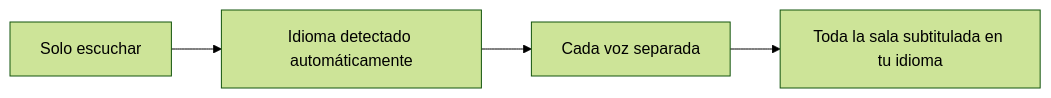
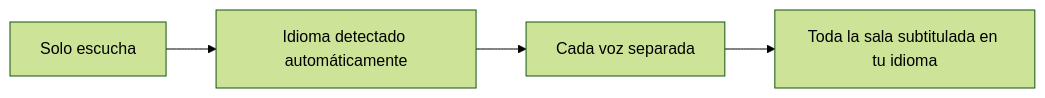
The first of 4 diagrams in README_es.md (rpalm01-star/VigilantEarLegal), drawn with Mermaid (forest theme) before and after one commit. The commit also changed other lines of this file and 29 other files, not shown here.

````diff
--- a/README_es.md
+++ b/README_es.md
@@ -62,4 +65,4 @@
 ```mermaid
 graph LR
-    A["Solo escuchar"] --> B["Idioma detectado automáticamente"] --> C["Cada voz separada"] --> D["Toda la sala subtitulada en tu idioma"]
+    A["Solo escucha"] --> B["Idioma detectado automáticamente"] --> C["Cada voz separada"] --> D["Toda la sala subtitulada en tu idioma"]
 ```
````
